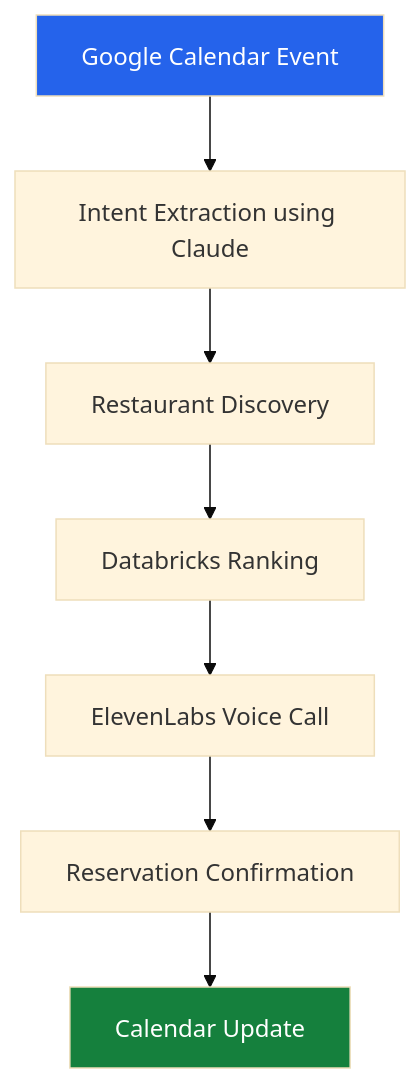
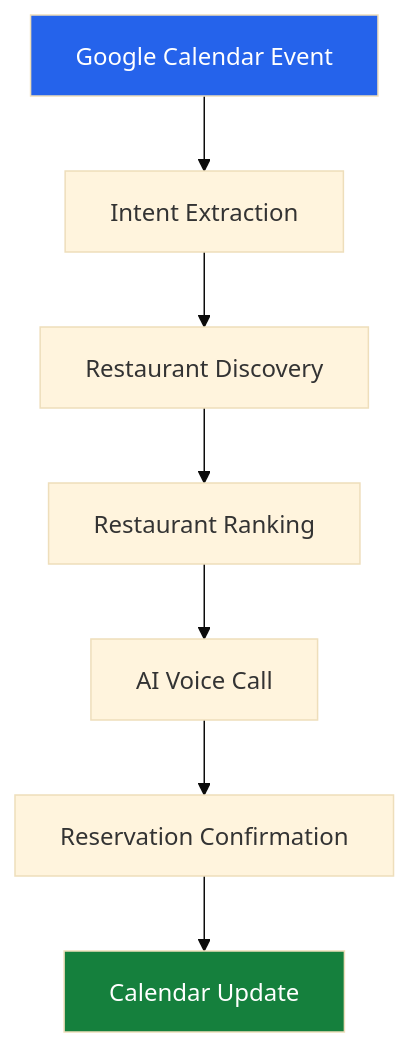
The second of 2 diagrams in README.md (shashwatsaket46/shashwatsaket46), drawn with Mermaid (base theme) before and after one commit. The commit also changed other lines of this file, not shown here.

````diff
--- a/README.md
+++ b/README.md
@@ -254,12 +284,12 @@
 ```mermaid
 flowchart TD
-    A["Google Calendar Event"] --> B["Intent Extraction using Claude"]
+    A["Google Calendar Event"] --> B["Intent Extraction"]
     B --> C["Restaurant Discovery"]
-    C --> D["Databricks Ranking"]
-    D --> E["ElevenLabs Voice Call"]
+    C --> D["Restaurant Ranking"]
+    D --> E["AI Voice Call"]
     E --> F["Reservation Confirmation"]
     F --> G["Calendar Update"]
 
     style A fill:#2563eb,color:#fff
     style G fill:#15803d,color:#fff
 ```
````
